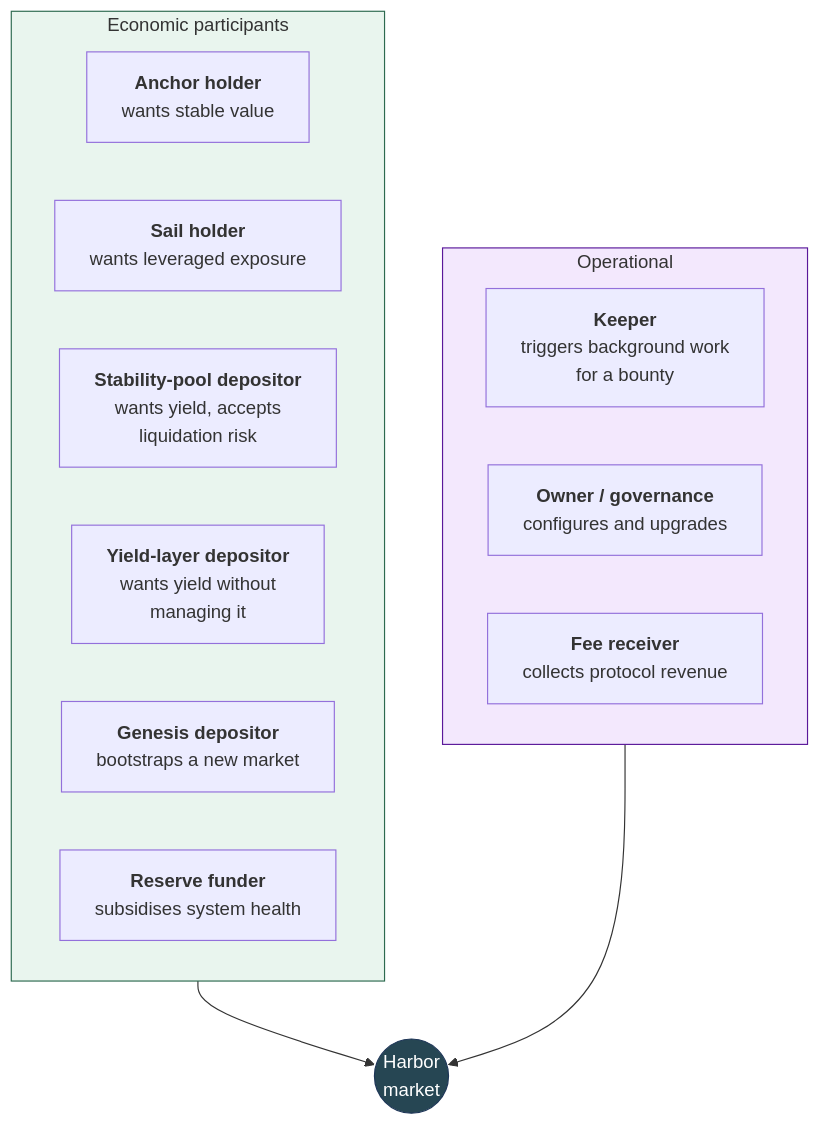
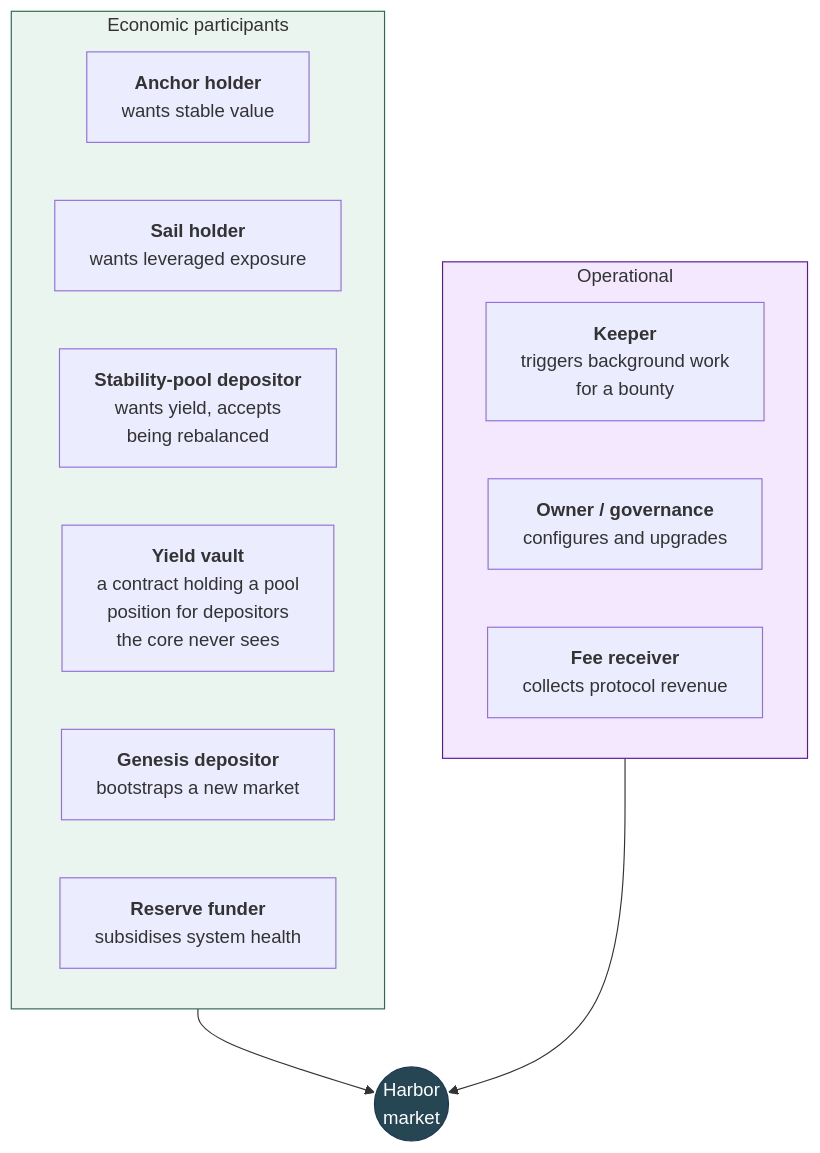
Before and after one commit to baofinance/harbor: the second of 16 diagrams in doc/functional-spec.md, drawn with Mermaid. The commit also changed other lines of this file and 1 other file, not shown here.

````diff
--- a/doc/functional-spec.md
+++ b/doc/functional-spec.md
@@ -266,23 +300,23 @@
 ```mermaid
 flowchart TB
     subgraph users["Economic participants"]
         A["<b>Anchor holder</b><br/>wants stable value"]
         S["<b>Sail holder</b><br/>wants leveraged exposure"]
-        D["<b>Stability-pool depositor</b><br/>wants yield, accepts<br/>liquidation risk"]
-        Y["<b>Yield-layer depositor</b><br/>wants yield without<br/>managing it"]
+        D["<b>Stability-pool depositor</b><br/>wants yield, accepts<br/>being rebalanced"]
+        Y["<b>Yield vault</b><br/>a contract holding a pool<br/>position for depositors<br/>the core never sees"]
         G["<b>Genesis depositor</b><br/>bootstraps a new market"]
         R["<b>Reserve funder</b><br/>subsidises system health"]
     end
     subgraph ops["Operational"]
         K["<b>Keeper</b><br/>triggers background work<br/>for a bounty"]
         O["<b>Owner / governance</b><br/>configures and upgrades"]
         F["<b>Fee receiver</b><br/>collects protocol revenue"]
     end
 
     users --> H(("Harbor<br/>market"))
     ops --> H
 
     style H fill:#264653,stroke:#1d3557,color:#fff
     style users fill:#e9f5ee,stroke:#2d6a4f
     style ops fill:#f3e8fd,stroke:#5a189a
 ```
````
